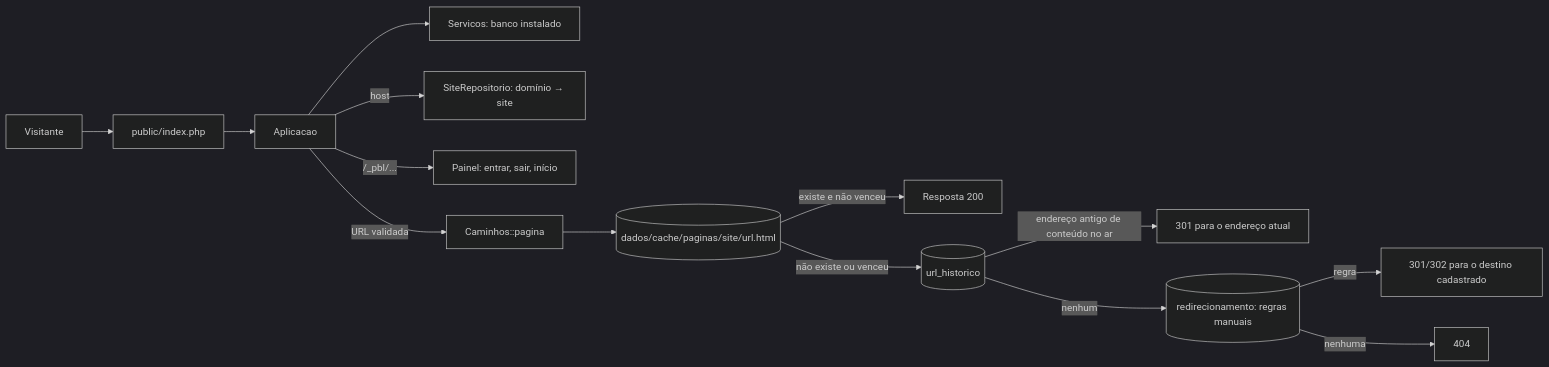
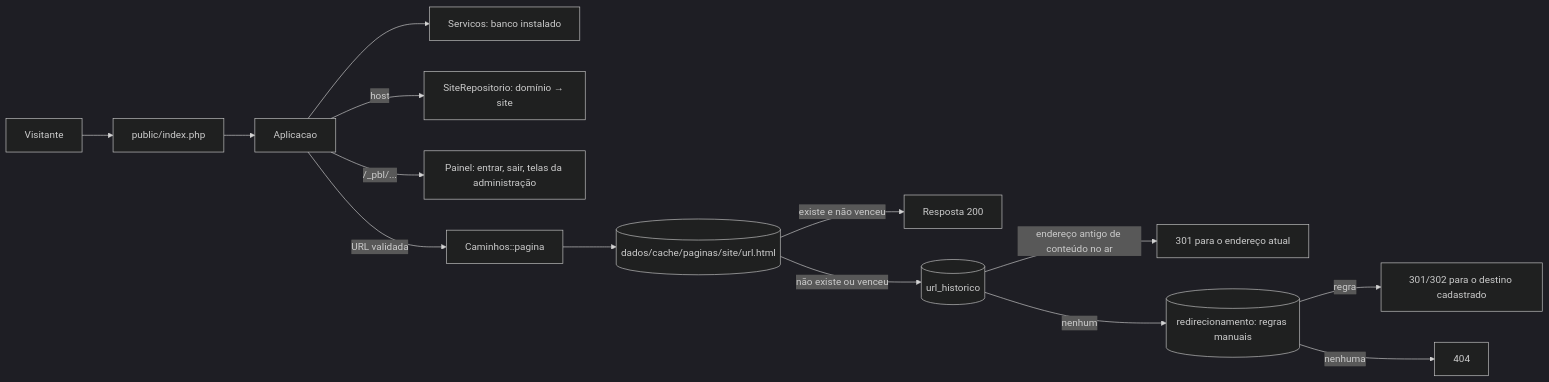
Before and after one commit to publicare/publicare4: the first of 3 diagrams in docs/tecnica/arquitetura.md, drawn with Mermaid (dark theme). The commit also changed other lines of this file and 14 other files, not shown here.

````diff
--- a/docs/tecnica/arquitetura.md
+++ b/docs/tecnica/arquitetura.md
@@ -7,16 +7,16 @@
 ```mermaid
 flowchart LR
     V[Visitante] --> I[public/index.php]
     I --> A[Aplicacao]
     A --> S[Servicos: banco instalado]
     A -->|host| H[SiteRepositorio: domínio → site]
-    A -->|/_pbl/...| P[Painel: entrar, sair, início]
+    A -->|/_pbl/...| P[Painel: entrar, sair, telas da administração]
     A -->|URL validada| C[Caminhos::pagina]
     C --> F[(dados/cache/paginas/site/url.html)]
     F -->|existe e não venceu| R[Resposta 200]
     F -->|não existe ou venceu| UH[(url_historico)]
     UH -->|endereço antigo de conteúdo no ar| M[301 para o endereço atual]
     UH -->|nenhum| RM[(redirecionamento: regras manuais)]
     RM -->|regra| M2[301/302 para o destino cadastrado]
     RM -->|nenhuma| N[404]
 ```
````
